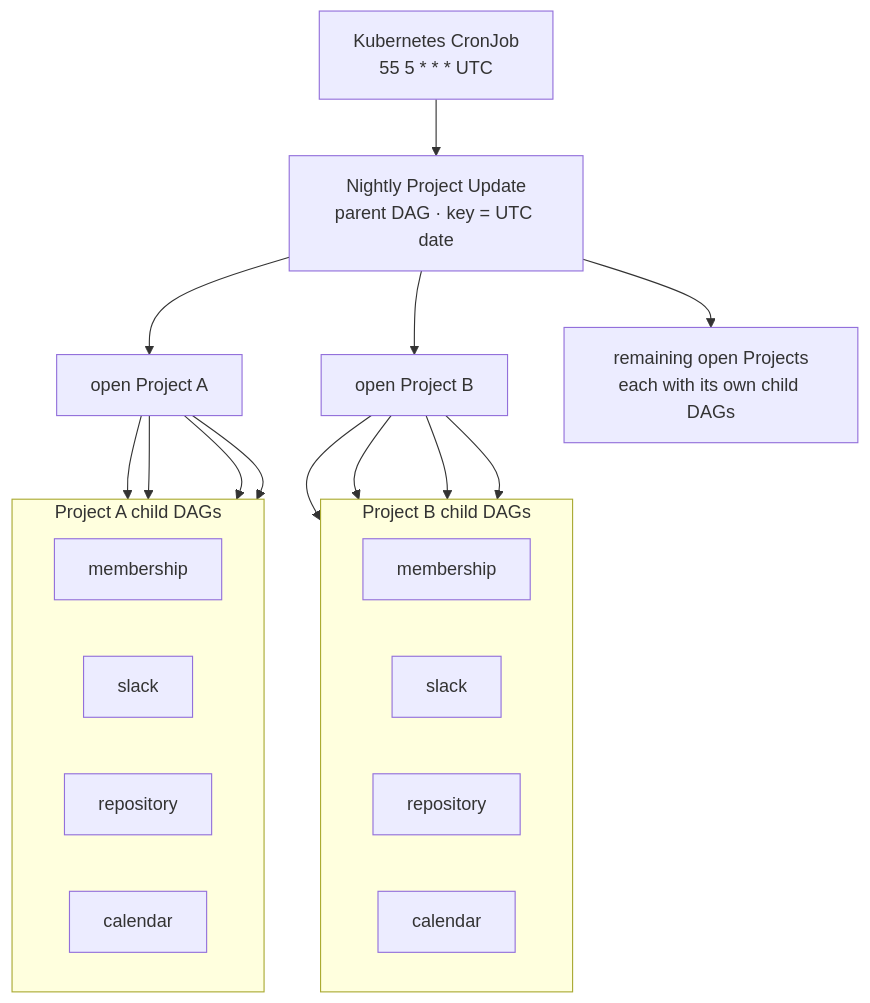
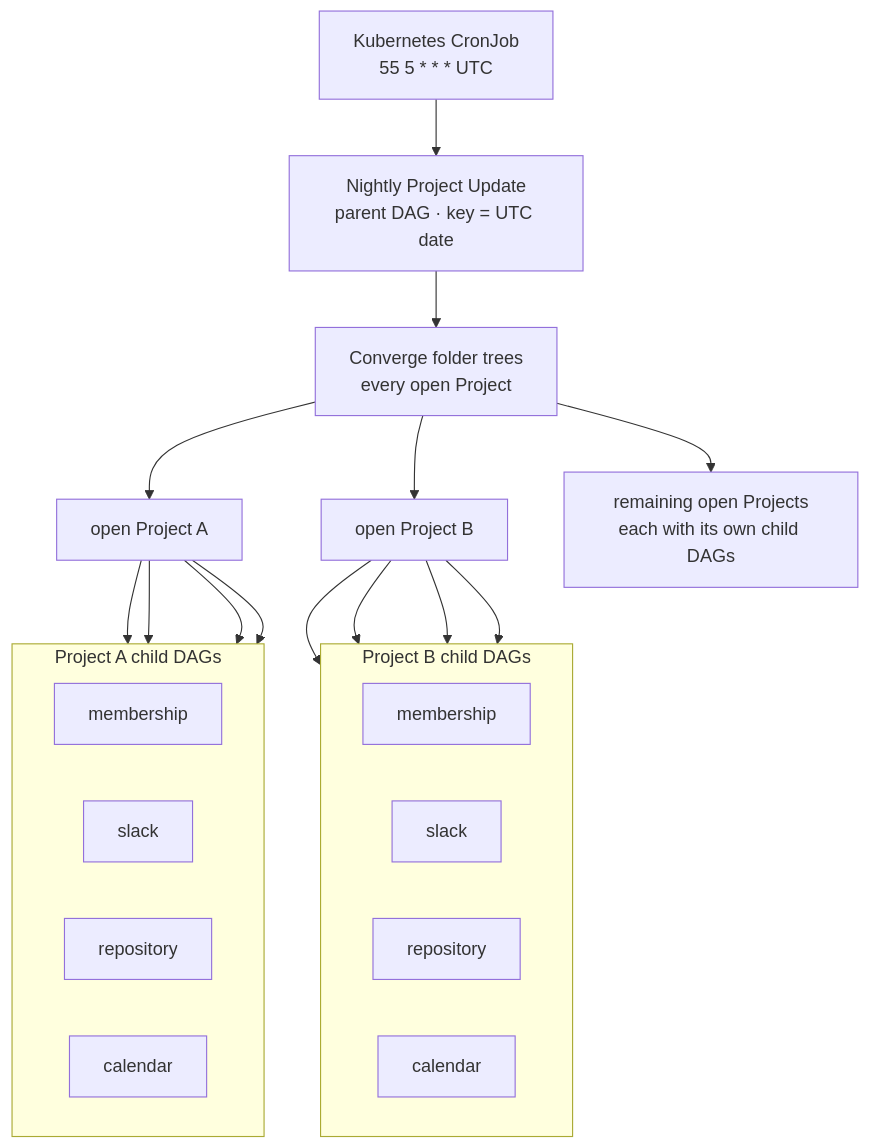
One commit to neon-law/navigator changed the first of 2 diagrams in docs/glossary/nightly-project-update.md. Above: the diagram before and after it, drawn with Mermaid. The commit also changed other lines of this file and 21 other files, not shown here.

Commit message:
feat(projects): reconcile matter folders and separate client intake

````diff
--- a/docs/glossary/nightly-project-update.md
+++ b/docs/glossary/nightly-project-update.md
@@ -23,31 +29,32 @@
 ```mermaid
 flowchart TB
   Clock["Kubernetes CronJob<br/>55 5 * * * UTC"]
   Parent["Nightly Project Update<br/>parent DAG · key = UTC date"]
   Clock --> Parent
-  Parent --> PA["open Project A"]
-  Parent --> PB["open Project B"]
-  Parent --> PN["remaining open Projects<br/>each with its own child DAGs"]
+  Parent --> Folders["Converge folder trees<br/>every open Project"]
+  Folders --> PA["open Project A"]
+  Folders --> PB["open Project B"]
+  Folders --> PN["remaining open Projects<br/>each with its own child DAGs"]
   subgraph tagsA ["Project A child DAGs"]
     direction LR
     MA["membership"]
     SA["slack"]
     RA["repository"]
     CA["calendar"]
   end
   subgraph tagsB ["Project B child DAGs"]
     direction LR
     MB["membership"]
     SB["slack"]
     RB["repository"]
     CB["calendar"]
   end
   PA --> MA
   PA --> SA
   PA --> RA
   PA --> CA
   PB --> MB
   PB --> SB
   PB --> RB
   PB --> CB
 ```
````
